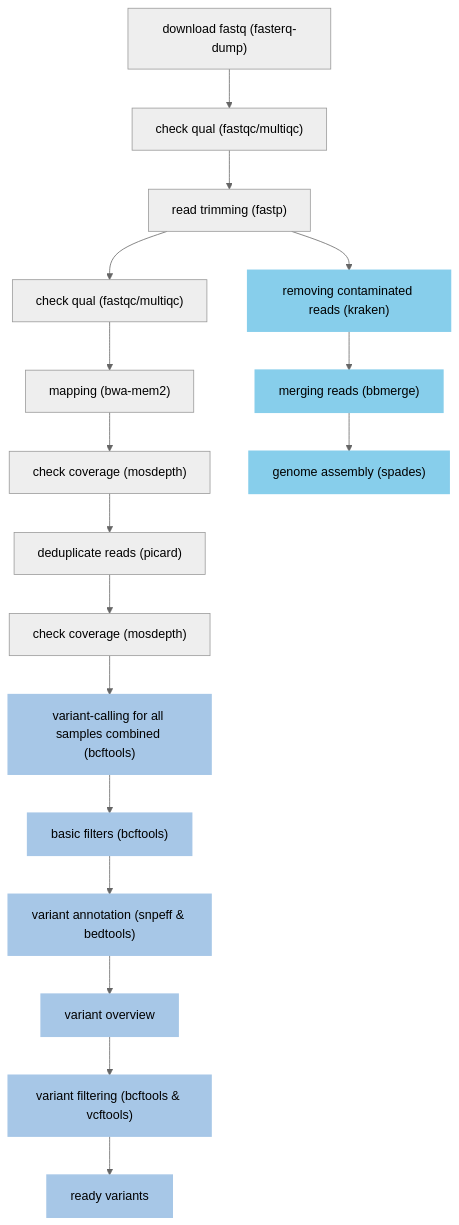
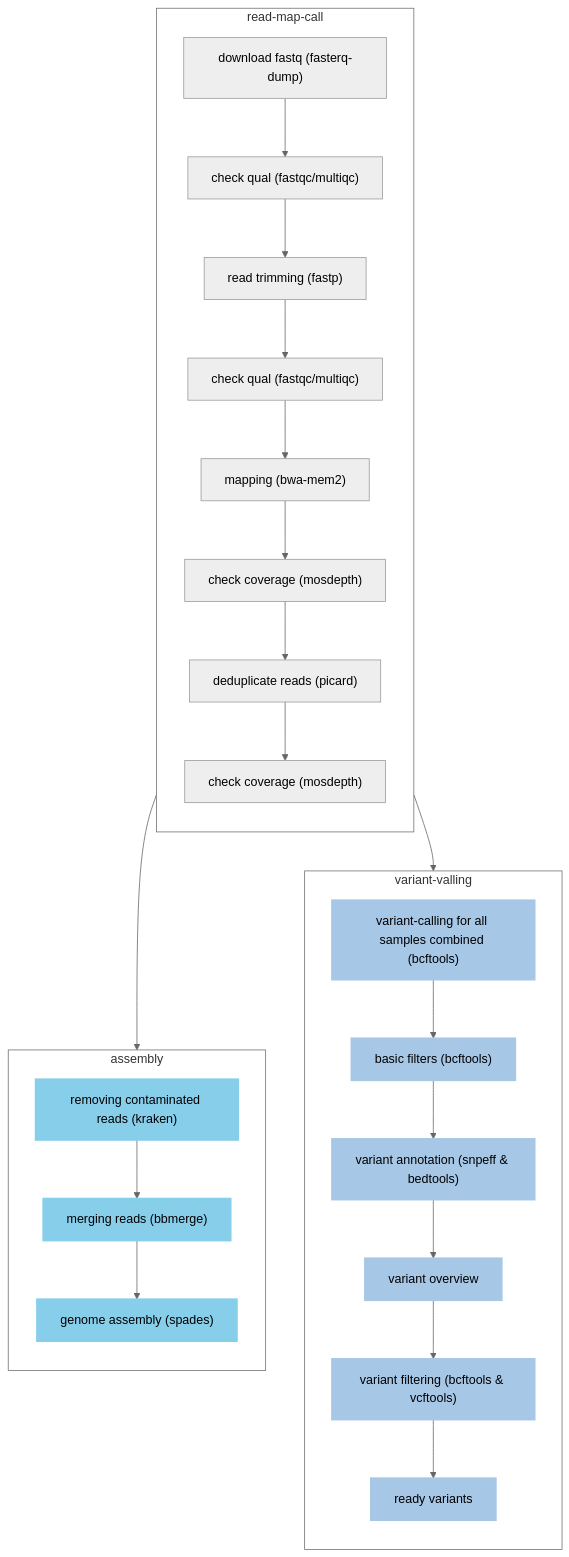
Before and after one commit to aniafijarczyk/human-fungal-pathogens-bioinfo: the diagram in workflow.md, drawn with Mermaid (neutral theme).

````diff
--- a/workflow.md
+++ b/workflow.md
@@ -1,22 +1,44 @@
 ```mermaid
 graph TD;
     classDef In1 fill:#A7C7E7,stroke:#A7C7E7,stroke-width:2px;
     classDef In2 fill:#87CEEB,stroke:#87CEEB,stroke-width:2px;
 
-    A1["download fastq (fasterq-dump)"]-->A2["check qual (fastqc/multiqc)"];
-    A2-->A3["read trimming (fastp)"];
-    A3-->A4["check qual (fastqc/multiqc)"];
-    A4-->A5["mapping (bwa-mem2)"];
-    A5-->A6["check coverage (mosdepth)"];
-    A6-->A7["deduplicate reads (picard)"];
-    A7-->A8["check coverage (mosdepth)"];
-    A8-->A9["variant-calling for all samples combined (bcftools)"]:::In1;
-    A9-->A10["basic filters (bcftools)"]:::In1;
-    A10-->A11["variant annotation (snpeff & bedtools)"]:::In1;
-    A11-->A12["variant overview"]:::In1;
-    A12-->A13["variant filtering (bcftools & vcftools)"]:::In1;
-    A13-->A14["ready variants"]:::In1;
-    A3-->B1["removing contaminated reads (kraken)"]:::In2;
-    B1-->B2["merging reads (bbmerge)"]:::In2;
-    B2-->B3["genome assembly (spades)"]:::In2;
+    subgraph read-map-call
+        direction TB;
+        A1["download fastq (fasterq-dump)"]-->A2["check qual (fastqc/multiqc)"];
+        A2-->A3["read trimming (fastp)"];
+        A3-->A4["check qual (fastqc/multiqc)"];
+        A4-->A5["mapping (bwa-mem2)"];
+        A5-->A6["check coverage (mosdepth)"];
+        A6-->A7["deduplicate reads (picard)"];
+        A7-->A8["check coverage (mosdepth)"];
+    end
+
+    subgraph variant-valling
+        direction TB;
+        A9["variant-calling for all samples combined (bcftools)"]:::In1-->A10["basic filters (bcftools)"]:::In1;
+        A10-->A11["variant annotation (snpeff & bedtools)"]:::In1;
+        A11-->A12["variant overview"]:::In1;
+        A12-->A13["variant filtering (bcftools & vcftools)"]:::In1;
+        A13-->A14["ready variants"]:::In1;
+    end
+
+    subgraph assembly
+        direction TB;
+        B1["removing contaminated reads (kraken)"]:::In2-->B2["merging reads (bbmerge)"]:::In2;
+        B2-->B3["genome assembly (spades)"]:::In2;
+    end
+
+    subgraph main
+        direction TB;
+        A8-->A9;
+        A3-->B1;
+    end
+
+    classDef subg fill:#fff
+    class read-map-call,variant-valling,assembly subg
+	
+    classDef maing fill:#fff,color:#fff,stroke:#fff
+    class main maing
+
 ```
````
